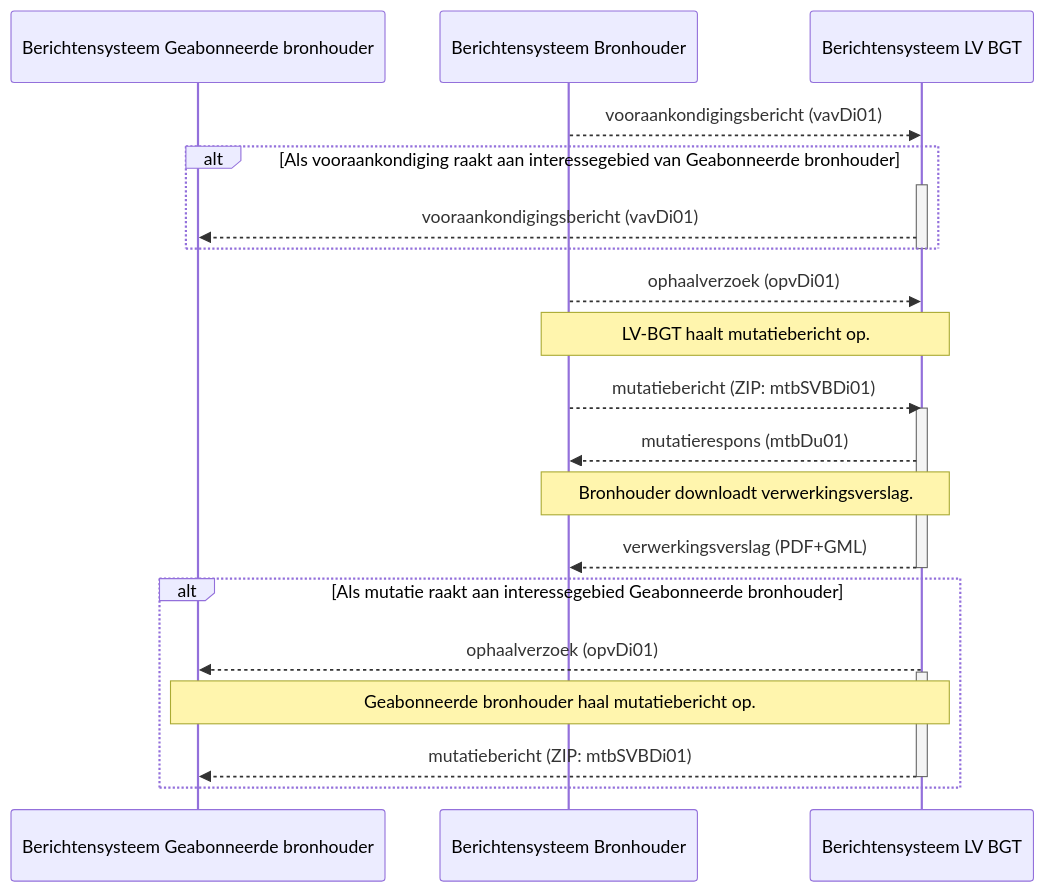
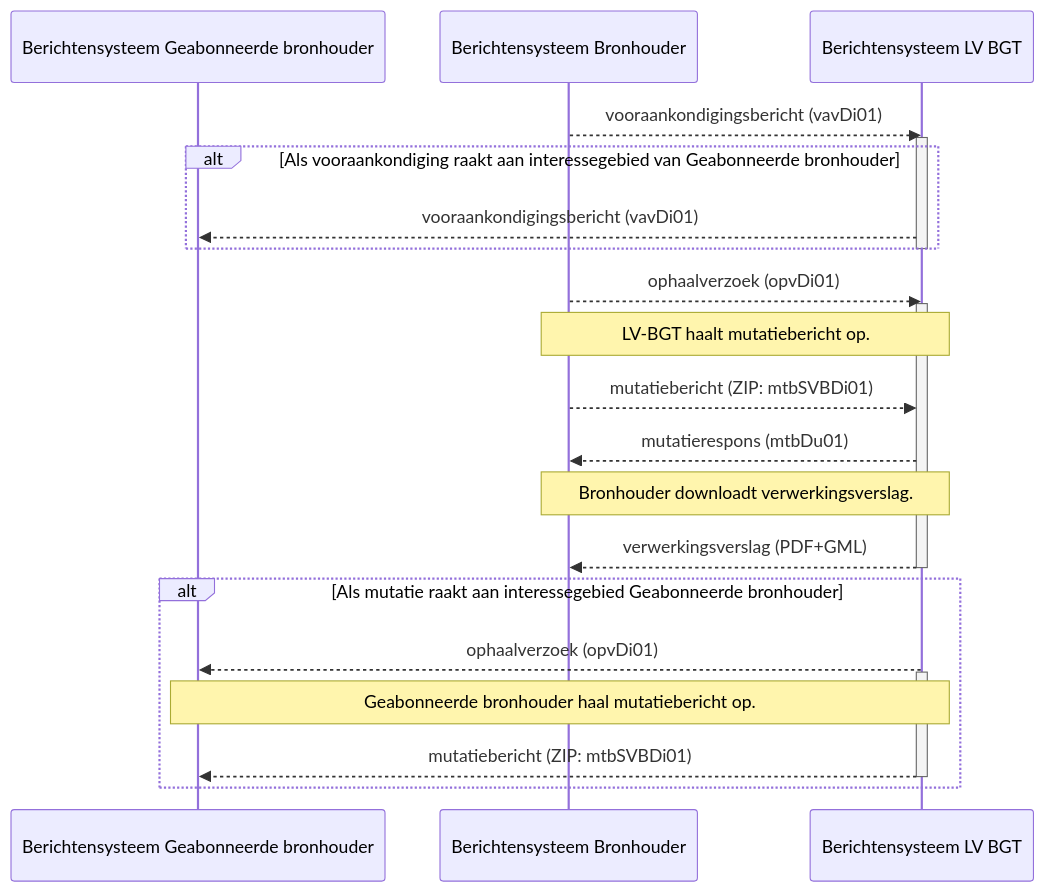
One commit to Geonovum/IMGeo changed the second of 2 diagrams in werkafspraken/bgt-berichtenverkeer/2-werkafspraak.md. Above: the diagram before and after it, drawn with Mermaid. The commit also changed other lines of this file, not shown here.

```diff
--- a/werkafspraken/bgt-berichtenverkeer/2-werkafspraak.md
+++ b/werkafspraken/bgt-berichtenverkeer/2-werkafspraak.md
@@ -93,27 +93,27 @@
 <div class="mermaid">
 sequenceDiagram          
     participant Berichtensysteem Geabonneerde bronhouder    
     participant Berichtensysteem Bronhouder  
-    participant Berichtensysteem LV BGT   
+    participant Berichtensysteem LV BGT    
     Berichtensysteem Bronhouder-->>Berichtensysteem LV BGT: vooraankondigingsbericht (vavDi01)
-    alt Als vooraankondiging raakt aan interessegebied van Geabonneerde bronhouder
-    activate Berichtensysteem LV BGT    
+    activate Berichtensysteem LV BGT  
+    alt Als vooraankondiging raakt aan interessegebied van Geabonneerde bronhouder  
     Berichtensysteem LV BGT-->>Berichtensysteem Geabonneerde bronhouder: vooraankondigingsbericht (vavDi01)
     end
-    deactivate Berichtensysteem LV BGT
+    deactivate Berichtensysteem LV BGT    
     Berichtensysteem Bronhouder-->>Berichtensysteem LV BGT: ophaalverzoek (opvDi01)
+    activate Berichtensysteem LV BGT
 	Note over Berichtensysteem Bronhouder ,  Berichtensysteem LV BGT: LV-BGT haalt mutatiebericht op.
-	Berichtensysteem Bronhouder-->>Berichtensysteem LV BGT: mutatiebericht (ZIP: mtbSVBDi01)		   
-    activate Berichtensysteem LV BGT
+	Berichtensysteem Bronhouder-->>Berichtensysteem LV BGT: mutatiebericht (ZIP: mtbSVBDi01)    
 	Berichtensysteem LV BGT-->>Berichtensysteem Bronhouder: mutatierespons (mtbDu01)	
     Note over Berichtensysteem Bronhouder ,  Berichtensysteem LV BGT: Bronhouder downloadt verwerkingsverslag.
     Berichtensysteem LV BGT-->>Berichtensysteem Bronhouder: verwerkingsverslag (PDF+GML)	
     deactivate Berichtensysteem LV BGT
     alt Als mutatie raakt aan interessegebied Geabonneerde bronhouder
     Berichtensysteem LV BGT-->>Berichtensysteem Geabonneerde bronhouder: ophaalverzoek (opvDi01)
     activate Berichtensysteem LV BGT
     Note over Berichtensysteem Geabonneerde bronhouder, Berichtensysteem LV BGT: Geabonneerde bronhouder haal mutatiebericht op.
 	Berichtensysteem LV BGT-->>Berichtensysteem Geabonneerde bronhouder: mutatiebericht (ZIP: mtbSVBDi01)	
     deactivate Berichtensysteem LV BGT
     end
 </div>
```
